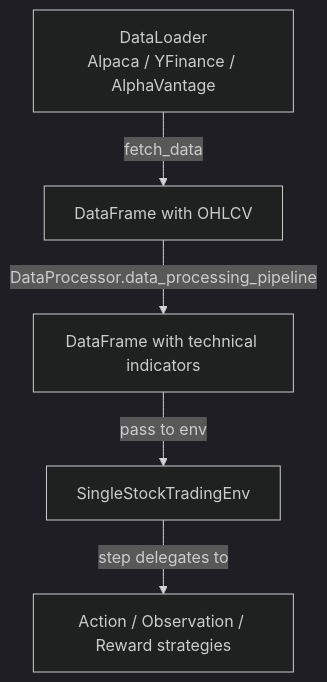
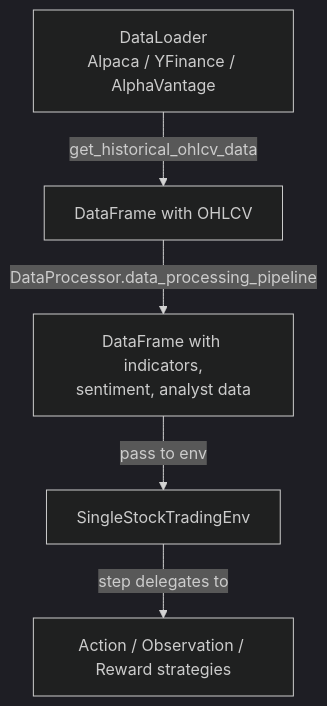
The first of 2 diagrams in docs/user-guide/overview.md (edu-ai/QuantRL-Lab), drawn with Mermaid (dark theme) before and after one commit. The commit also changed other lines of this file and 19 other files, not shown here.

````diff
--- a/docs/user-guide/overview.md
+++ b/docs/user-guide/overview.md
@@ -69,7 +70,7 @@
 ```mermaid
 graph TD
-    A[DataLoader<br/>Alpaca / YFinance / AlphaVantage] -->|fetch_data| B[DataFrame with OHLCV]
-    B -->|DataProcessor.data_processing_pipeline| C[DataFrame with technical indicators]
+    A[DataLoader<br/>Alpaca / YFinance / AlphaVantage] -->|get_historical_ohlcv_data| B[DataFrame with OHLCV]
+    B -->|DataProcessor.data_processing_pipeline| C[DataFrame with indicators,<br/>sentiment, analyst data]
     C -->|pass to env| D[SingleStockTradingEnv]
     D -->|step delegates to| E[Action / Observation / Reward strategies]
 ```
````
